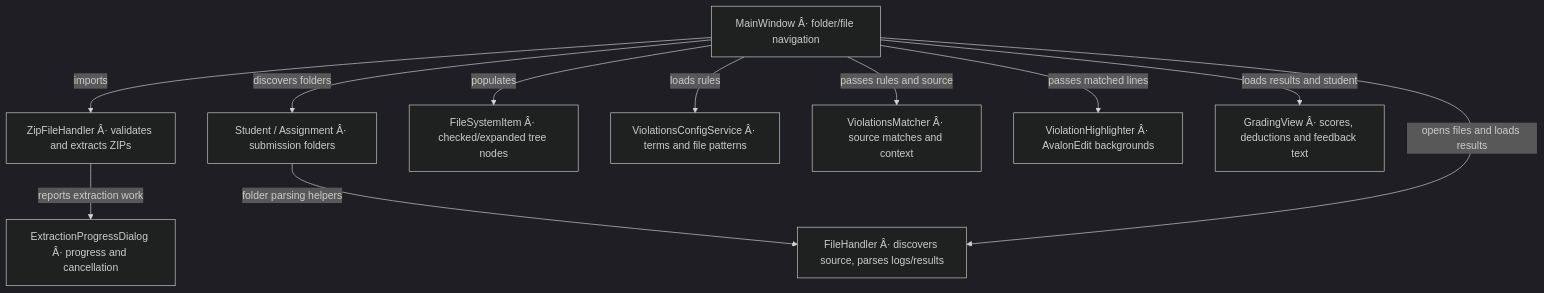
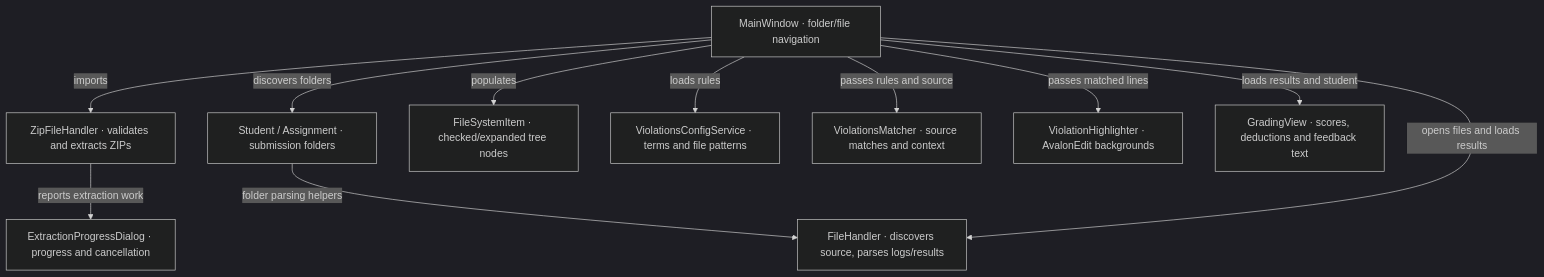
Before and after one commit to signalnotnoise/GuidedGrade: the fifth of 7 diagrams in KNOWLEDGE_GRAPH.md, drawn with Mermaid (dark theme). The commit also changed other lines of this file and 10 other files, not shown here.

````diff
--- a/KNOWLEDGE_GRAPH.md
+++ b/KNOWLEDGE_GRAPH.md
@@ -183,23 +183,23 @@
 ```mermaid
 flowchart TD
-    UI["MainWindow Â· folder/file navigation"]
-    Zip["ZipFileHandler Â· validates and extracts ZIPs"]
-    Progress["ExtractionProgressDialog Â· progress and cancellation"]
-    Student["Student / Assignment Â· submission folders"]
-    File["FileHandler Â· discovers source, parses logs/results"]
-    Tree["FileSystemItem Â· checked/expanded tree nodes"]
-    Config["ViolationsConfigService Â· terms and file patterns"]
-    Match["ViolationsMatcher Â· source matches and context"]
-    Highlight["ViolationHighlighter Â· AvalonEdit backgrounds"]
-    GradeView["GradingView Â· scores, deductions and feedback text"]
+    UI["MainWindow · folder/file navigation"]
+    Zip["ZipFileHandler · validates and extracts ZIPs"]
+    Progress["ExtractionProgressDialog · progress and cancellation"]
+    Student["Student / Assignment · submission folders"]
+    File["FileHandler · discovers source, parses logs/results"]
+    Tree["FileSystemItem · checked/expanded tree nodes"]
+    Config["ViolationsConfigService · terms and file patterns"]
+    Match["ViolationsMatcher · source matches and context"]
+    Highlight["ViolationHighlighter · AvalonEdit backgrounds"]
+    GradeView["GradingView · scores, deductions and feedback text"]
     UI -->|imports| Zip
     Zip -->|reports extraction work| Progress
     UI -->|discovers folders| Student
     Student -->|folder parsing helpers| File
     UI -->|opens files and loads results| File
     UI -->|populates| Tree
     UI -->|loads rules| Config
     UI -->|passes rules and source| Match
     UI -->|passes matched lines| Highlight
     UI -->|loads results and student| GradeView
 ```
````
